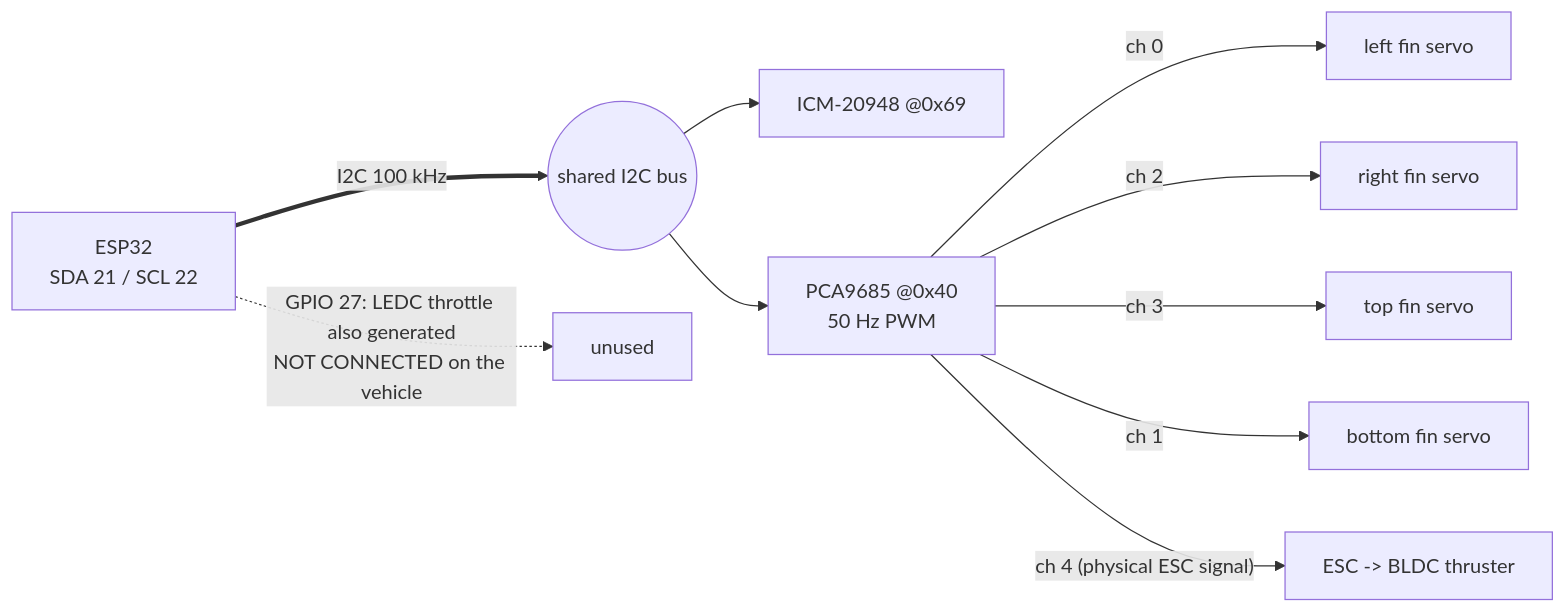
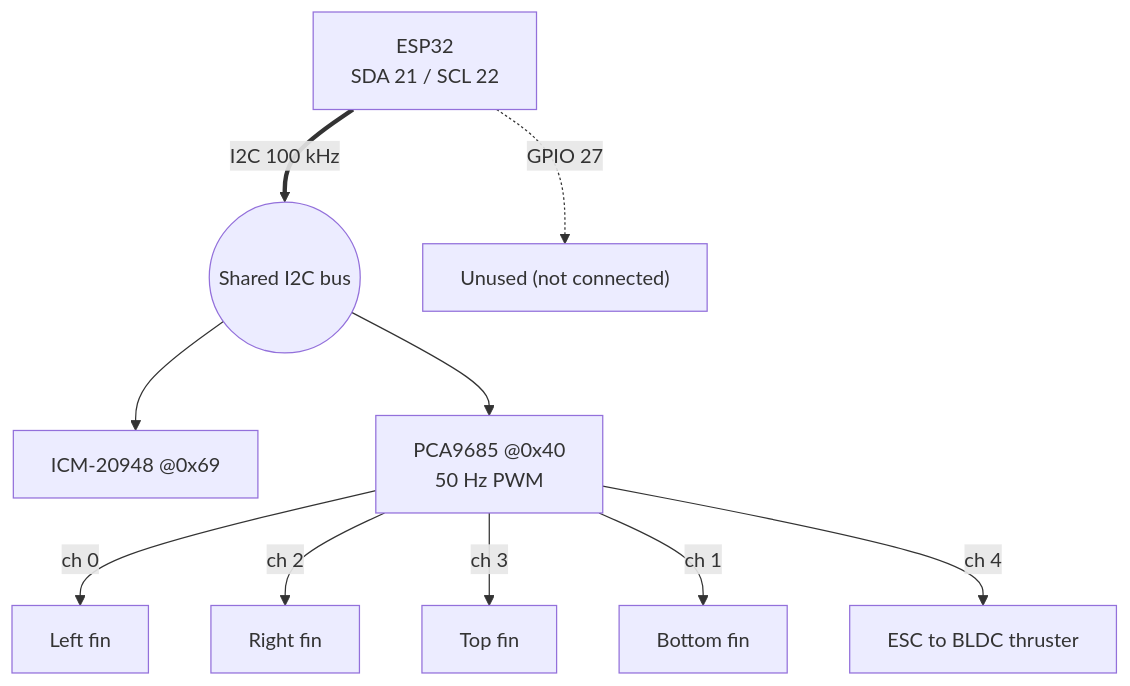
One commit to AlaaRadhwan/underwater-rocket-esp32-firmware changed the fifth of 6 diagrams in docs/ARCHITECTURE.md. Above: the diagram before and after it, drawn with Mermaid. The commit also changed other lines of this file and 8 other files, not shown here.

First line of the commit message:
Docs: simplify Mermaid diagrams, add pool-test clip

````diff
--- a/docs/ARCHITECTURE.md
+++ b/docs/ARCHITECTURE.md
@@ -61,12 +87,12 @@
 ```mermaid
-flowchart LR
-  ESP["ESP32<br/>SDA 21 / SCL 22"] ==>|"I2C 100 kHz"| BUS(("shared I2C bus"))
+flowchart TB
+  ESP["ESP32<br/>SDA 21 / SCL 22"] ==>|"I2C 100 kHz"| BUS(("Shared I2C bus"))
   BUS --> IMU["ICM-20948 @0x69"]
   BUS --> PCA["PCA9685 @0x40<br/>50 Hz PWM"]
-  PCA -->|"ch 0"| L["left fin servo"]
-  PCA -->|"ch 2"| R["right fin servo"]
-  PCA -->|"ch 3"| T["top fin servo"]
-  PCA -->|"ch 1"| B["bottom fin servo"]
-  PCA -->|"ch 4  (physical ESC signal)"| ESC["ESC -> BLDC thruster"]
-  ESP -.->|"GPIO 27: LEDC throttle also generated<br/>NOT CONNECTED on the vehicle"| NC["unused"]
+  PCA -->|"ch 0"| L["Left fin"]
+  PCA -->|"ch 2"| R["Right fin"]
+  PCA -->|"ch 3"| T["Top fin"]
+  PCA -->|"ch 1"| B["Bottom fin"]
+  PCA -->|"ch 4"| ESC["ESC to BLDC thruster"]
+  ESP -.->|"GPIO 27"| NC["Unused (not connected)"]
 ```
````
